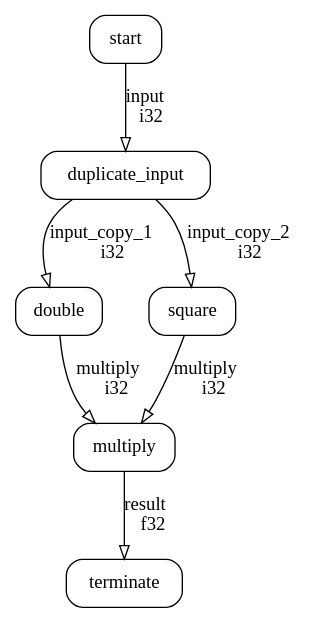
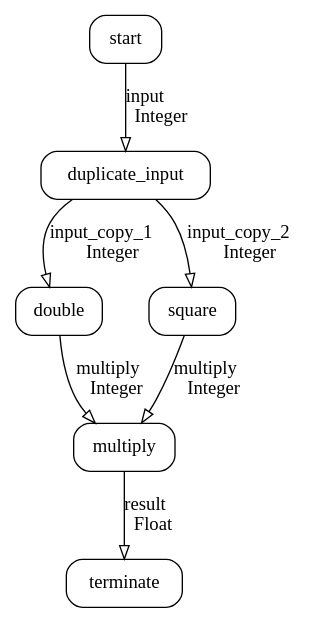
One commit to qwfy/dge changed the diagram in dge-example/src/generated/graph.dot. Above: the diagram before and after it, drawn with Graphviz. The commit also changed 11 other files, not shown here.

```diff
--- a/dge-example/src/generated/graph.dot
+++ b/dge-example/src/generated/graph.dot
@@ -1,14 +1,14 @@
 digraph {
     0 [ label = "start" shape = "box" style = "rounded"]
     1 [ label = "duplicate_input" shape = "box" style = "rounded"]
     2 [ label = "double" shape = "box" style = "rounded"]
     3 [ label = "square" shape = "box" style = "rounded"]
     4 [ label = "multiply" shape = "box" style = "rounded"]
     5 [ label = "terminate" shape = "box" style = "rounded"]
-    0 -> 1 [ label = "input\li32" arrowhead = "onormal"]
-    1 -> 2 [ label = "input_copy_1\li32" arrowhead = "onormal"]
-    1 -> 3 [ label = "input_copy_2\li32" arrowhead = "onormal"]
-    2 -> 4 [ label = "multiply\li32" arrowhead = "onormal"]
-    3 -> 4 [ label = "multiply\li32" arrowhead = "onormal"]
-    4 -> 5 [ label = "result\lf32" arrowhead = "onormal"]
+    0 -> 1 [ label = "input\lInteger" arrowhead = "onormal"]
+    1 -> 2 [ label = "input_copy_1\lInteger" arrowhead = "onormal"]
+    1 -> 3 [ label = "input_copy_2\lInteger" arrowhead = "onormal"]
+    2 -> 4 [ label = "multiply\lInteger" arrowhead = "onormal"]
+    3 -> 4 [ label = "multiply\lInteger" arrowhead = "onormal"]
+    4 -> 5 [ label = "result\lFloat" arrowhead = "onormal"]
 }
```
